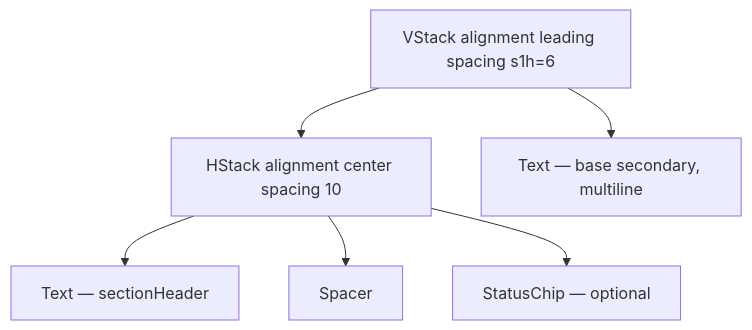
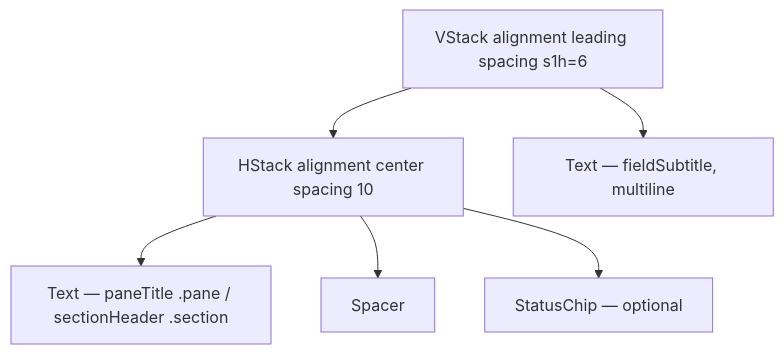
One commit to MrDemonWolf/WolfWave changed the diagram in design-system/components/section-header-with-status.md. Above: the diagram before and after it, drawn with Mermaid. The commit also changed other lines of this file and 41 other files, not shown here.

````diff
--- a/design-system/components/section-header-with-status.md
+++ b/design-system/components/section-header-with-status.md
@@ -33,8 +35,8 @@
 ```mermaid
 graph TB
   Header[VStack alignment leading spacing s1h=6] --> TopRow[HStack alignment center spacing 10]
-  TopRow --> Title[Text — sectionHeader]
+  TopRow --> Title[Text — paneTitle .pane / sectionHeader .section]
   TopRow --> Spacer
   TopRow --> Chip[StatusChip — optional]
-  Header --> Subtitle[Text — base secondary, multiline]
+  Header --> Subtitle[Text — fieldSubtitle, multiline]
 ```
````
